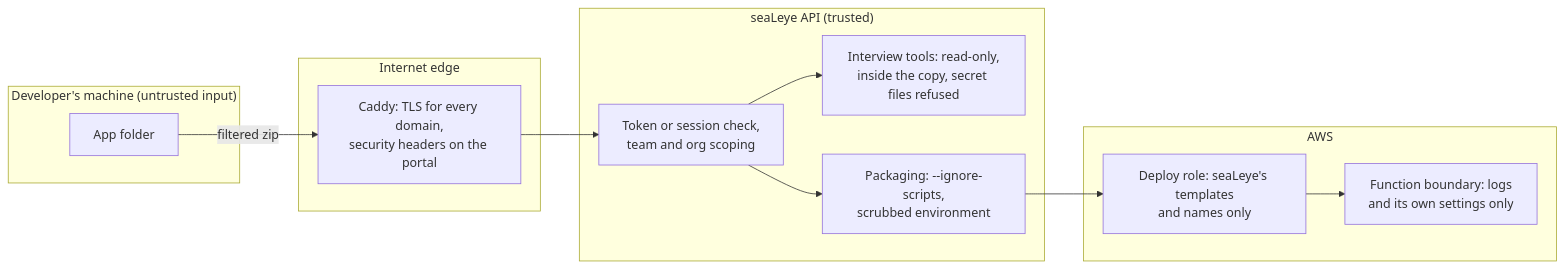
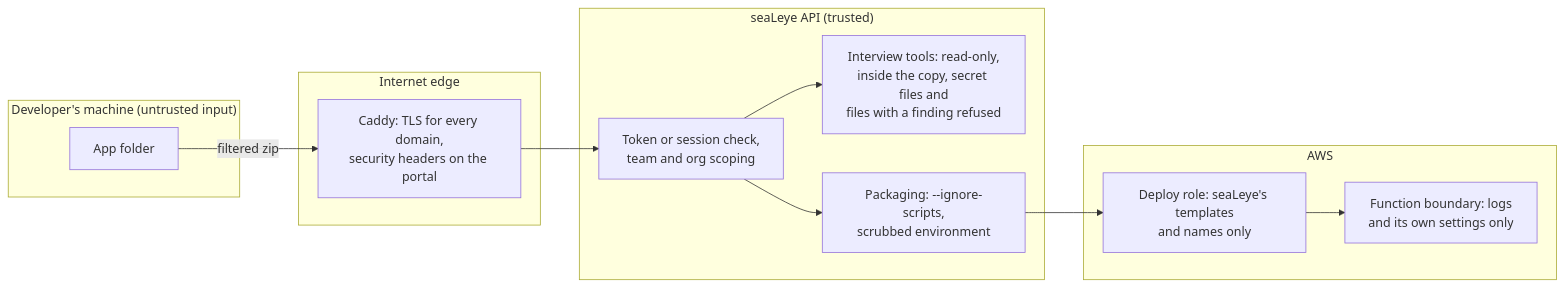
Before and after one commit to GregKliewer/sealeye: diagram 11 of 11 in docs/ARCHITECTURE.md, drawn with Mermaid. The commit also changed other lines of this file and 32 other files, not shown here.

First line of the commit message:
The secret scanner: before upload, in the API with gitleaks, and in read_file

````diff
--- a/docs/ARCHITECTURE.md
+++ b/docs/ARCHITECTURE.md
@@ -501,20 +509,20 @@
 ```mermaid
 flowchart LR
   subgraph dev["Developer's machine (untrusted input)"]
     files["App folder"]
   end
   subgraph edge["Internet edge"]
     caddy["Caddy: TLS for every domain,<br/>security headers on the portal"]
   end
   subgraph core["seaLeye API (trusted)"]
     auth["Token or session check,<br/>team and org scoping"]
-    sandbox["Interview tools: read-only,<br/>inside the copy, secret files refused"]
+    sandbox["Interview tools: read-only,<br/>inside the copy, secret files and<br/>files with a finding refused"]
     pkg["Packaging: --ignore-scripts,<br/>scrubbed environment"]
   end
   subgraph cloud["AWS"]
     role["Deploy role: seaLeye's templates<br/>and names only"]
     boundary["Function boundary: logs<br/>and its own settings only"]
   end
   files -- "filtered zip" --> caddy --> auth --> sandbox
   auth --> pkg --> role --> boundary
 ```
````
